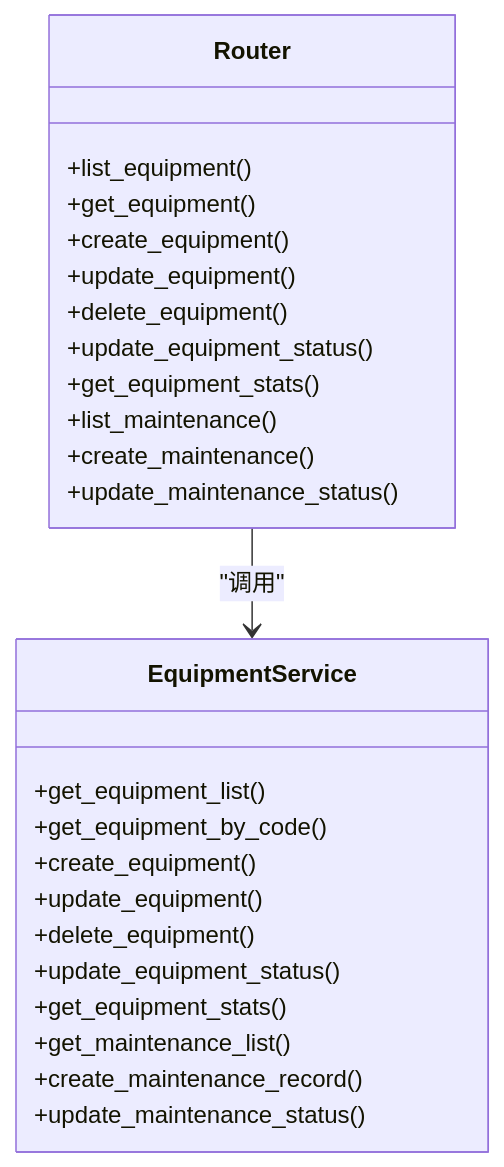
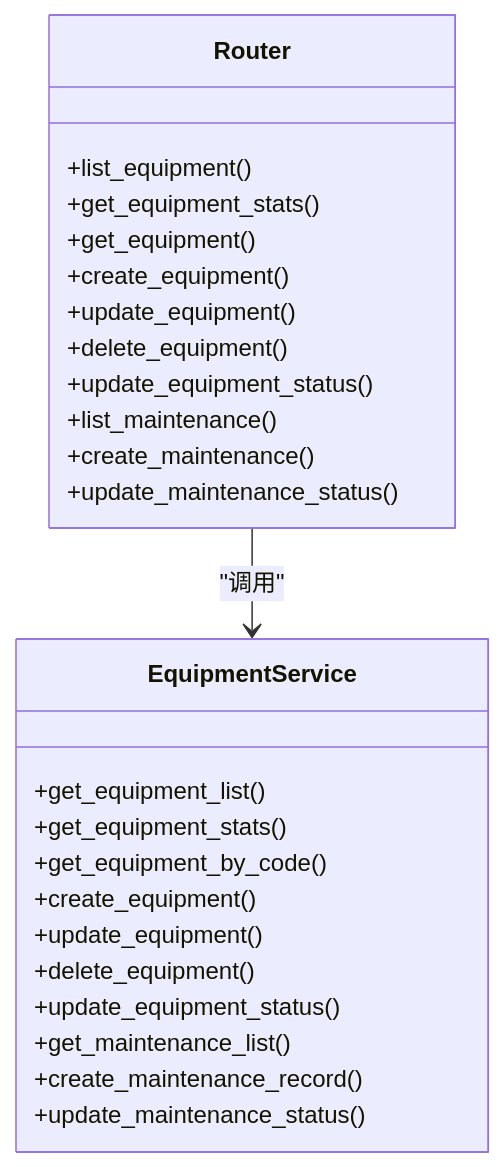
The third of 3 diagrams in .qoder/repowiki/zh/content/API接口文档/资源管理API/设备管理API.md (JiaStan/shizhi_system_df), drawn with Mermaid before and after one commit. The commit also changed other lines of this file and 53 other files, not shown here.

````diff
--- a/.qoder/repowiki/zh/content/API接口文档/资源管理API/设备管理API.md
+++ b/.qoder/repowiki/zh/content/API接口文档/资源管理API/设备管理API.md
@@ -306,28 +328,28 @@
 ```mermaid
 classDiagram
 class Router {
 +list_equipment()
++get_equipment_stats()
 +get_equipment()
 +create_equipment()
 +update_equipment()
 +delete_equipment()
 +update_equipment_status()
-+get_equipment_stats()
 +list_maintenance()
 +create_maintenance()
 +update_maintenance_status()
 }
 class EquipmentService {
 +get_equipment_list()
++get_equipment_stats()
 +get_equipment_by_code()
 +create_equipment()
 +update_equipment()
 +delete_equipment()
 +update_equipment_status()
-+get_equipment_stats()
 +get_maintenance_list()
 +create_maintenance_record()
 +update_maintenance_status()
 }
 Router --> EquipmentService : "调用"
 ```
````
